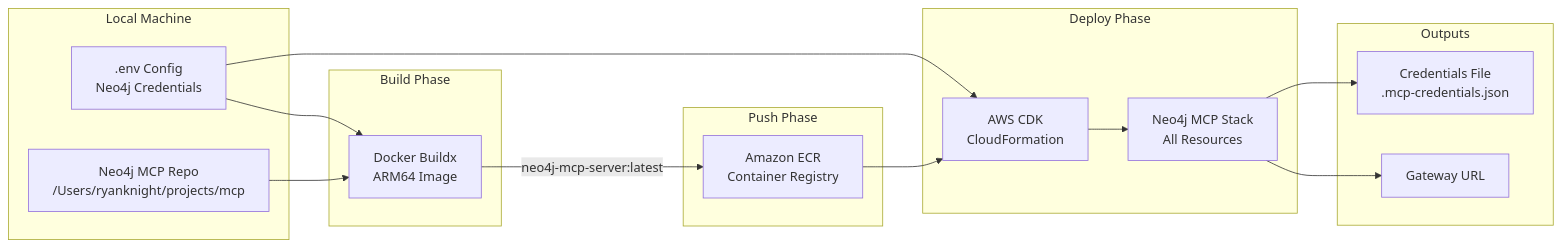
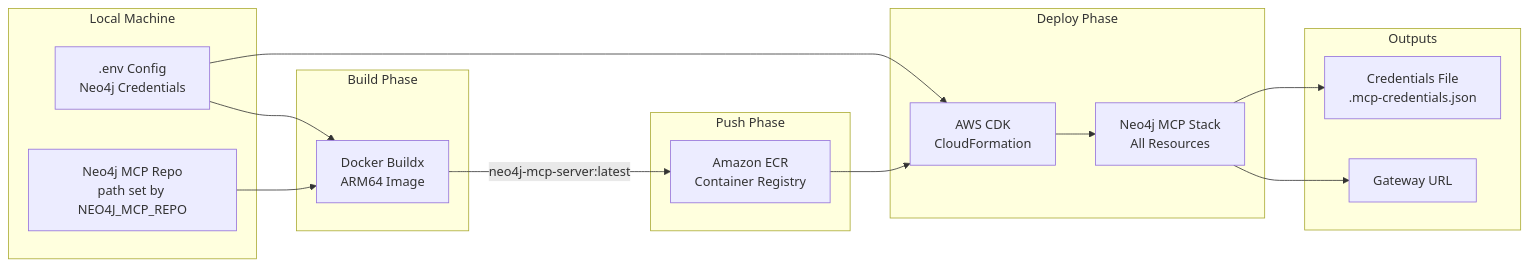
One commit to neo4j-partners/aws-starter changed the third of 10 diagrams in docs/ARCHITECTURE.md. Above: the diagram before and after it, drawn with Mermaid. The commit also changed other lines of this file and 22 other files, not shown here.

````diff
--- a/docs/ARCHITECTURE.md
+++ b/docs/ARCHITECTURE.md
@@ -215,34 +215,34 @@
 ```mermaid
 flowchart LR
     subgraph Local["Local Machine"]
         ENV[.env Config<br/>Neo4j Credentials]
-        MCPREPO[Neo4j MCP Repo<br/>/Users/ryanknight/projects/mcp]
+        MCPREPO[Neo4j MCP Repo<br/>path set by NEO4J_MCP_REPO]
     end
 
     subgraph Build["Build Phase"]
         DOCKER[Docker Buildx<br/>ARM64 Image]
     end
 
     subgraph Push["Push Phase"]
         ECR[Amazon ECR<br/>Container Registry]
     end
 
     subgraph Deploy["Deploy Phase"]
         CDK[AWS CDK<br/>CloudFormation]
         STACK[Neo4j MCP Stack<br/>All Resources]
     end
 
     subgraph Output["Outputs"]
         GW_URL[Gateway URL]
         CREDS[Credentials File<br/>.mcp-credentials.json]
     end
 
     ENV --> DOCKER
     MCPREPO --> DOCKER
     DOCKER -->|neo4j-mcp-server:latest| ECR
     ECR --> CDK
     ENV --> CDK
     CDK --> STACK
     STACK --> GW_URL
     STACK --> CREDS
 ```
````
